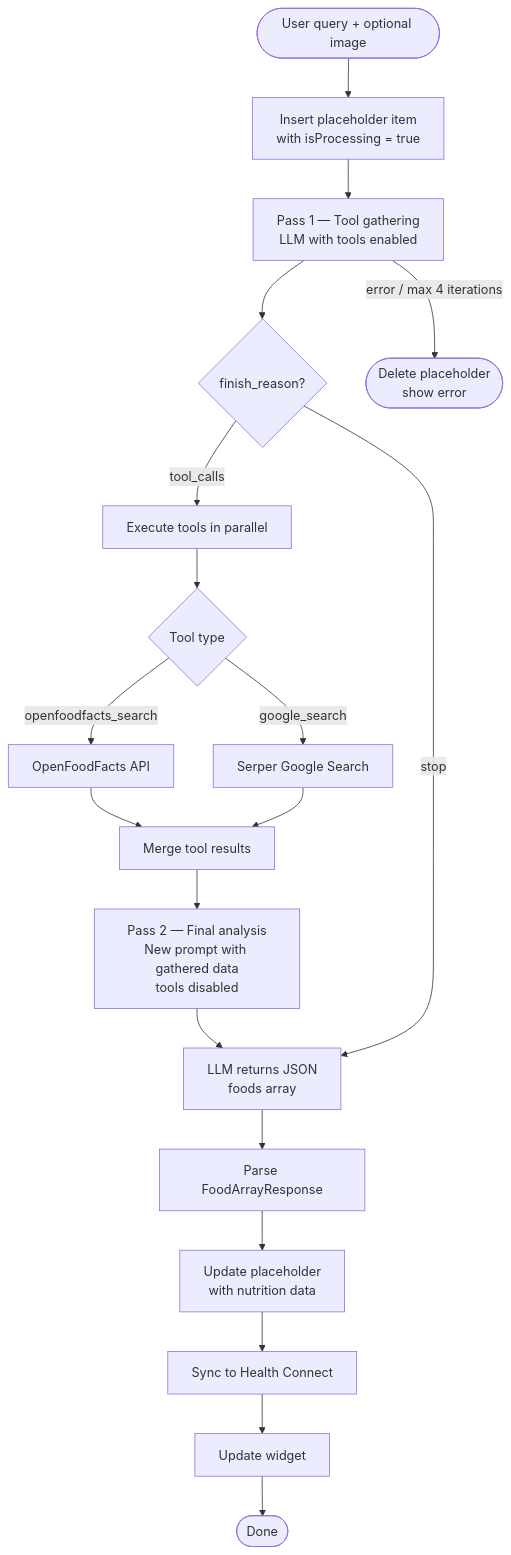
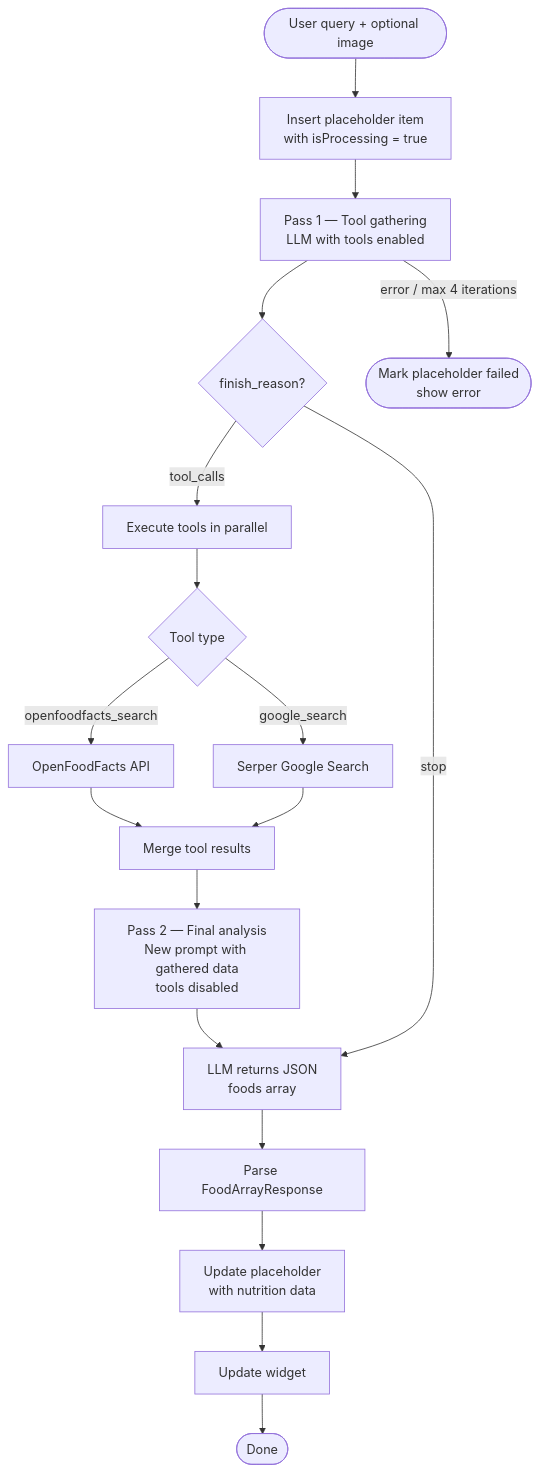
One commit to baculinivan-web/Portio changed the second of 2 diagrams in README.md. Above: the diagram before and after it, drawn with Mermaid. The commit also changed other lines of this file and 90 other files, not shown here.

````diff
--- a/README.md
+++ b/README.md
@@ -79,28 +79,27 @@
 ```mermaid
 flowchart TD
     A([User query + optional image]) --> B[Insert placeholder item\nwith isProcessing = true]
     B --> C[Pass 1 — Tool gathering\nLLM with tools enabled]
 
     C --> D{finish_reason?}
     D -- tool_calls --> E[Execute tools in parallel]
 
     E --> F{Tool type}
     F -- openfoodfacts_search --> G[OpenFoodFacts API]
     F -- google_search --> H[Serper Google Search]
 
     G --> I[Merge tool results]
     H --> I
 
     I --> J[Pass 2 — Final analysis\nNew prompt with gathered data\ntools disabled]
     J --> K[LLM returns JSON\nfoods array]
 
     D -- stop --> K
 
     K --> L[Parse FoodArrayResponse]
     L --> M[Update placeholder\nwith nutrition data]
-    M --> N[Sync to Health Connect]
-    N --> O[Update widget]
-    O --> P([Done])
+    M --> N[Update widget]
+    N --> O([Done])
 
-    C -- error / max 4 iterations --> Q([Delete placeholder\nshow error])
+    C -- error / max 4 iterations --> P([Mark placeholder failed\nshow error])
 ```
````
